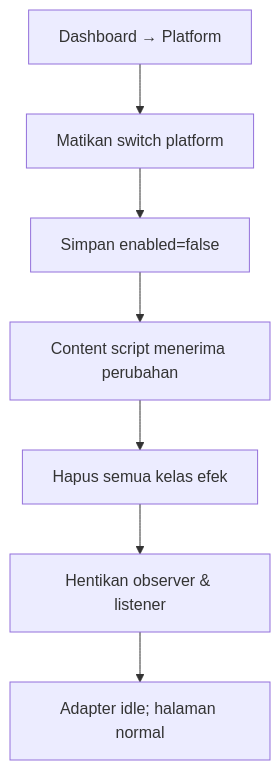
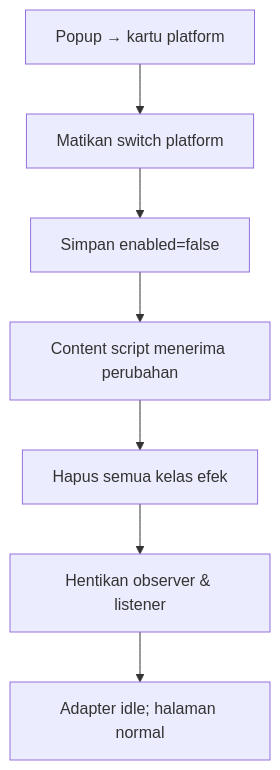
Before and after one commit to Zwart04/Shielded: the sixth of 8 diagrams in docs/11-alur-pengguna.md, drawn with Mermaid. The commit also changed other lines of this file and 47 other files, not shown here.

Commit message:
Rombak popup, default nonaktif, hapus dashboard dan onboarding

````diff
--- a/docs/11-alur-pengguna.md
+++ b/docs/11-alur-pengguna.md
@@ -124,9 +124,9 @@
 ```mermaid
 flowchart TD
-    A["Dashboard → Platform"] --> B["Matikan switch platform"]
+    A["Popup → kartu platform"] --> B["Matikan switch platform"]
     B --> C["Simpan enabled=false"]
     C --> D["Content script menerima perubahan"]
     D --> E["Hapus semua kelas efek"]
     E --> F["Hentikan observer & listener"]
     F --> G["Adapter idle; halaman normal"]
 ```
````
